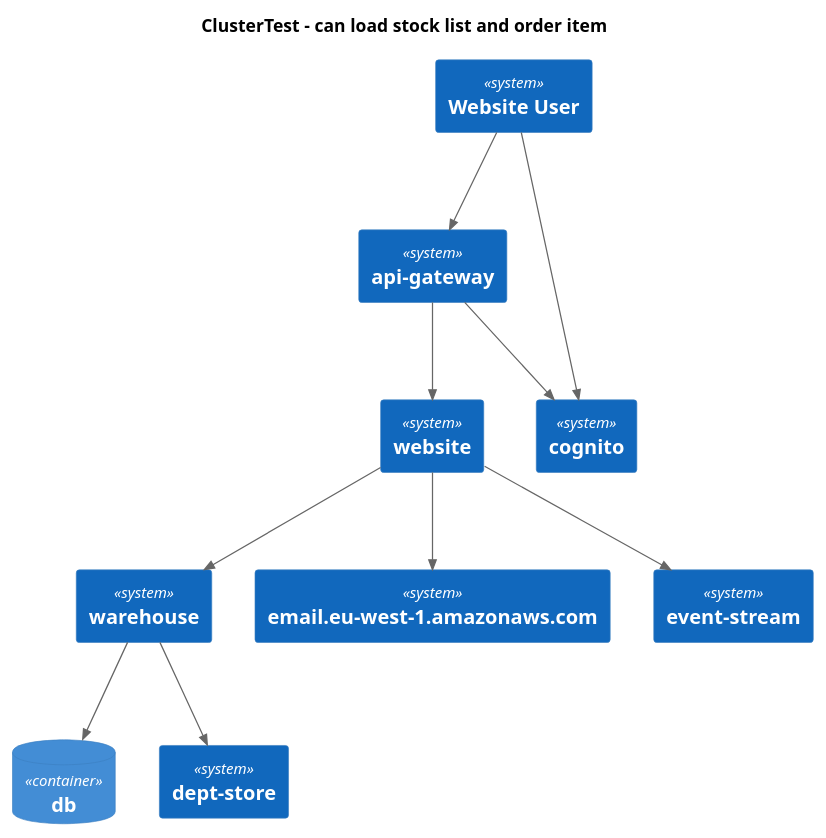
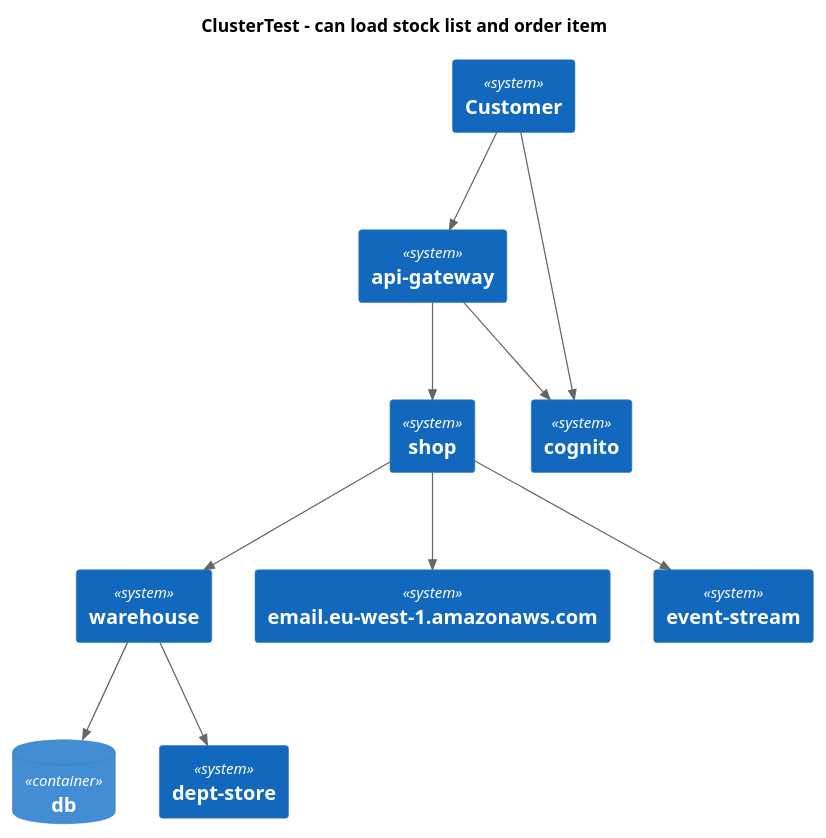
One commit to http4k/exploring-the-testing-hyperpyramid changed the diagram in .presentation/.generated/ClusterTest - can load stock list and order item - Interactions.puml. Above: the diagram before and after it, drawn with PlantUML. The commit also changed 9 other files, not shown here.

Commit message:
rework diagrams

```diff
--- a/.presentation/.generated/ClusterTest - can load stock list and order item - Interactions.puml
+++ b/.presentation/.generated/ClusterTest - can load stock list and order item - Interactions.puml
@@ -1,25 +1,25 @@
 @startuml
 title ClusterTest - can load stock list and order item
 
 !include https://raw.githubusercontent.com/plantuml-stdlib/C4-PlantUML/master/C4_Container.puml
 
 
-System(WebsiteUser, "Website User")
+System(customer, "Customer")
 System(apigateway, "api-gateway")
-System(website, "website")
+System(shop, "shop")
 System(warehouse, "warehouse")
 System(cognito, "cognito")
 ContainerDb(db, "db")
 System(deptstore, "dept-store")
 System(emaileuwest1amazonawscom, "email.eu-west-1.amazonaws.com")
 System(eventstream, "event-stream")    
-Rel_D(WebsiteUser, apigateway, " ") 
-Rel_D(WebsiteUser, cognito, " ") 
+Rel_D(customer, apigateway, " ")
+Rel_D(customer, cognito, " ")
 Rel_D(apigateway, cognito, " ") 
-Rel_D(apigateway, website, " ") 
-Rel_D(website, warehouse, " ") 
+Rel_D(apigateway, shop, " ")
+Rel_D(shop, warehouse, " ")
 Rel_D(warehouse, db, " ") 
 Rel_D(warehouse, deptstore, " ") 
-Rel_D(website, emaileuwest1amazonawscom, " ") 
-Rel_D(website, eventstream, " ")     
+Rel_D(shop, emaileuwest1amazonawscom, " ")
+Rel_D(shop, eventstream, " ")
 @enduml
```
